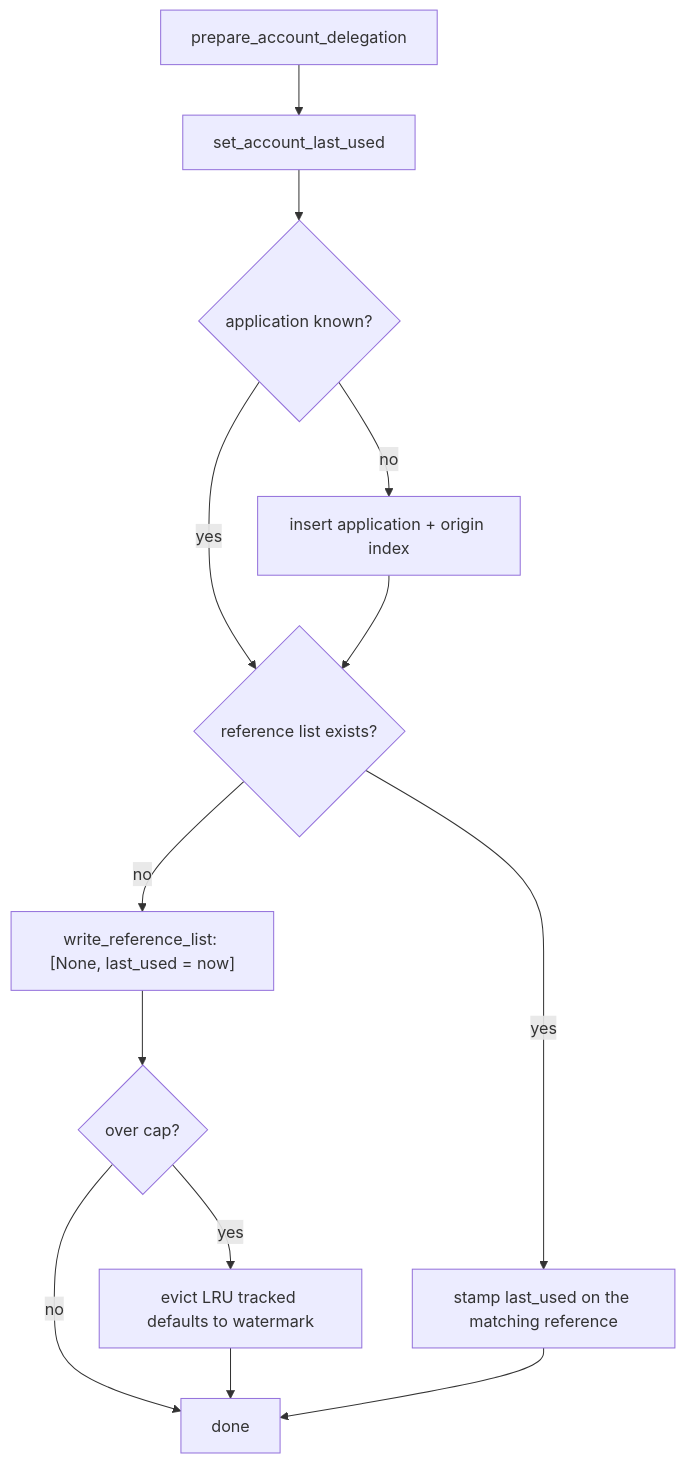
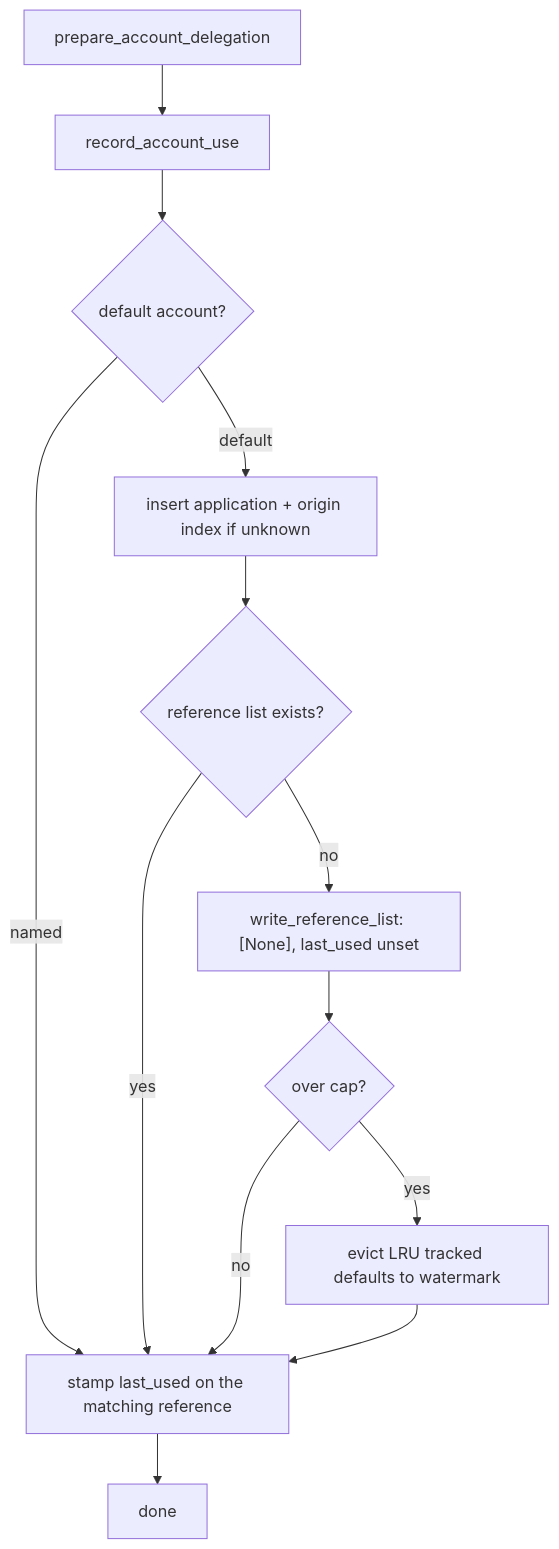
Before and after one commit to dfinity/internet-identity: the fourth of 5 diagrams in docs/ongoing/tracked-default-accounts-spec.md, drawn with Mermaid. The commit also changed other lines of this file, not shown here.

Commit message:
docs: describe recording an account use as the two steps it is
The sign-in write path is named `record_account_use` and runs as a create
for a default that has no reference at the origin, followed by the same
stamp every other account takes. Correct the flow diagram, which had the
create setting the timestamp, and the write-site table.

````diff
--- a/docs/ongoing/tracked-default-accounts-spec.md
+++ b/docs/ongoing/tracked-default-accounts-spec.md
@@ -197,15 +197,15 @@
 ```mermaid
 flowchart TD
-    A[prepare_account_delegation] --> B[set_account_last_used]
-    B --> C{application known?}
-    C -->|no| D["insert application + origin index"]
-    C -->|yes| E{reference list exists?}
-    D --> E
-    E -->|no| F["write_reference_list: [None, last_used = now]"]
-    E -->|yes| G[stamp last_used on the matching reference]
-    F --> H{over cap?}
-    H -->|yes| I[evict LRU tracked defaults to watermark]
-    H -->|no| Z[done]
-    I --> Z
-    G --> Z
+    A[prepare_account_delegation] --> B[record_account_use]
+    B --> C{default account?}
+    C -->|named| S
+    C -->|default| D["insert application + origin index if unknown"]
+    D --> E{reference list exists?}
+    E -->|yes| S
+    E -->|no| F["write_reference_list: [None], last_used unset"]
+    F --> G{over cap?}
+    G -->|yes| H[evict LRU tracked defaults to watermark]
+    G -->|no| S
+    H --> S
+    S[stamp last_used on the matching reference] --> Z[done]
 ```
````
